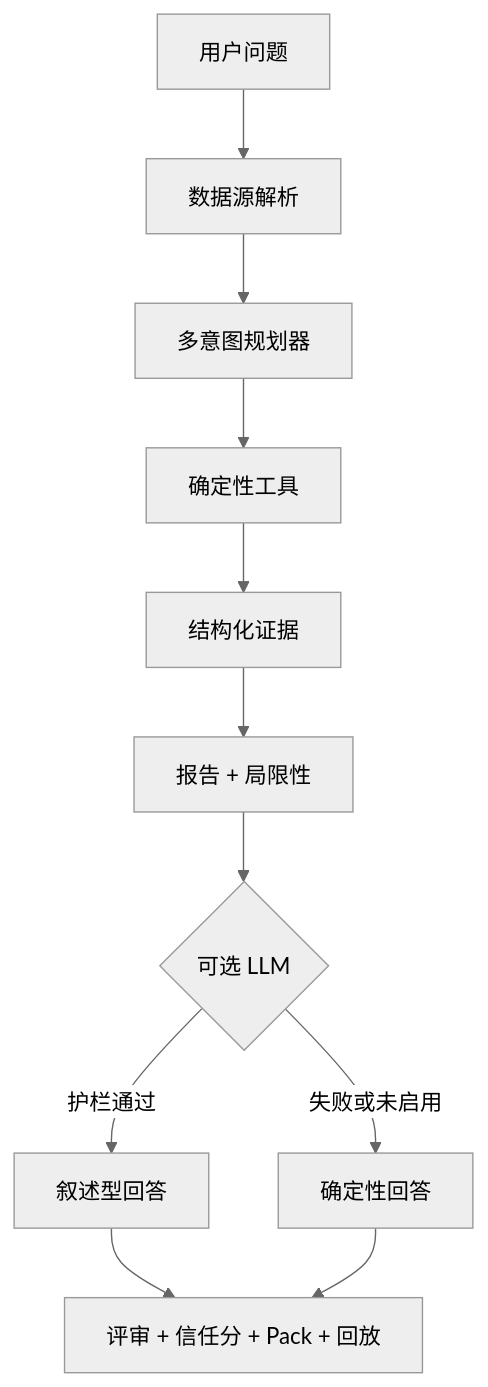
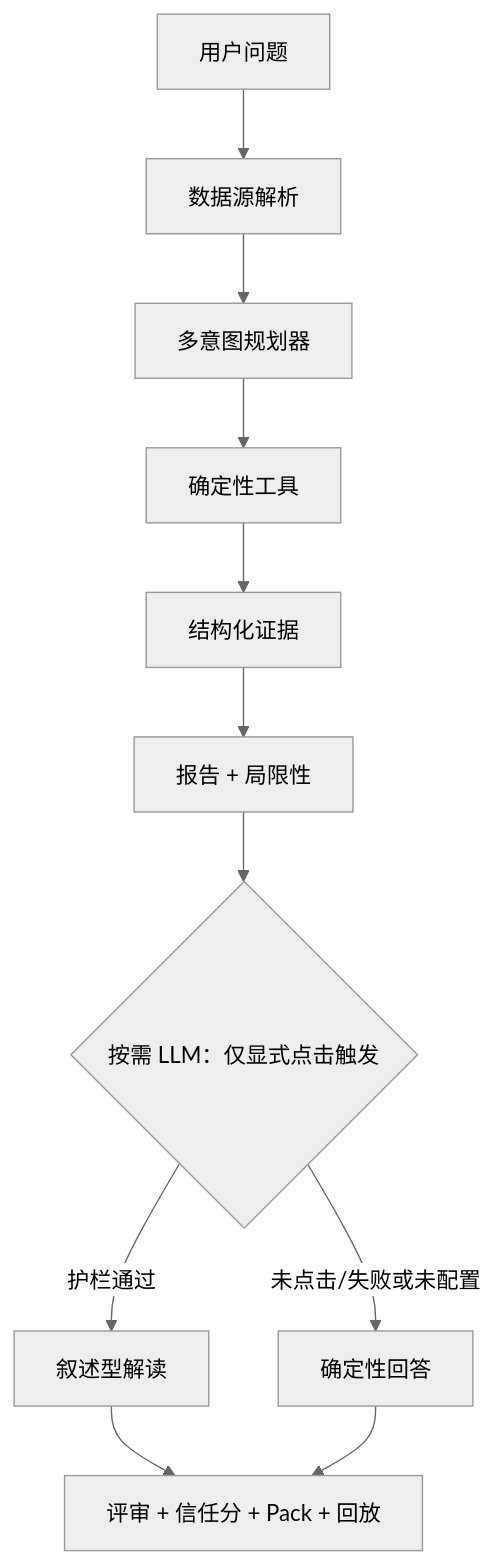
One commit to Phoenix0531-sudo/BondLens changed the diagram in README.zh-CN.md. Above: the diagram before and after it, drawn with Mermaid (neutral theme). The commit also changed other lines of this file and 9 other files, not shown here.

````diff
--- a/README.zh-CN.md
+++ b/README.zh-CN.md
@@ -116,13 +140,13 @@
 ```mermaid
 flowchart TD
     A[用户问题] --> B[数据源解析]
     B --> C[多意图规划器]
     C --> D[确定性工具]
     D --> E[结构化证据]
     E --> F[报告 + 局限性]
-    F --> G{可选 LLM}
-    G -->|护栏通过| H[叙述型回答]
-    G -->|失败或未启用| I[确定性回答]
+    F --> G{按需 LLM：仅显式点击触发}
+    G -->|护栏通过| H[叙述型解读]
+    G -->|未点击/失败或未配置| I[确定性回答]
     H --> J[评审 + 信任分 + Pack + 回放]
     I --> J
 ```
````
